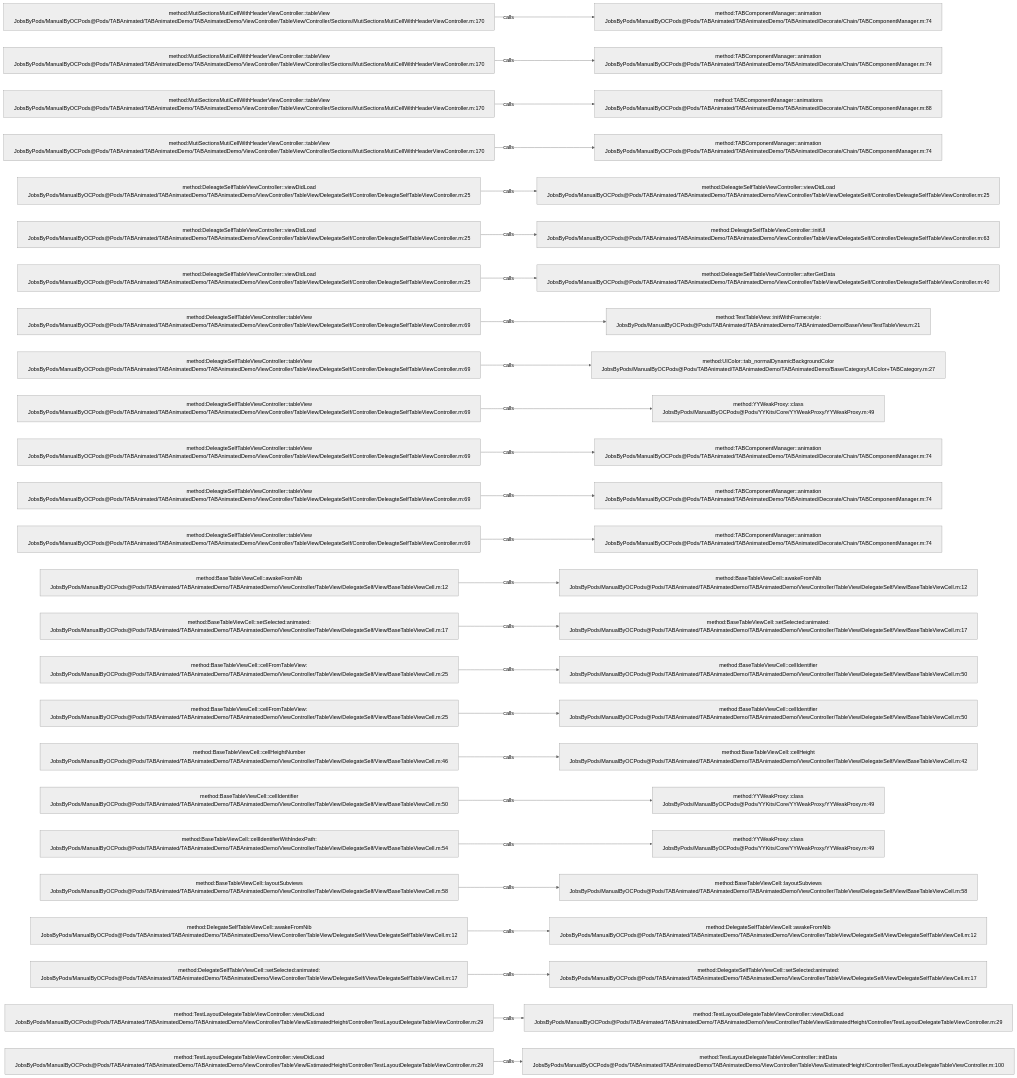
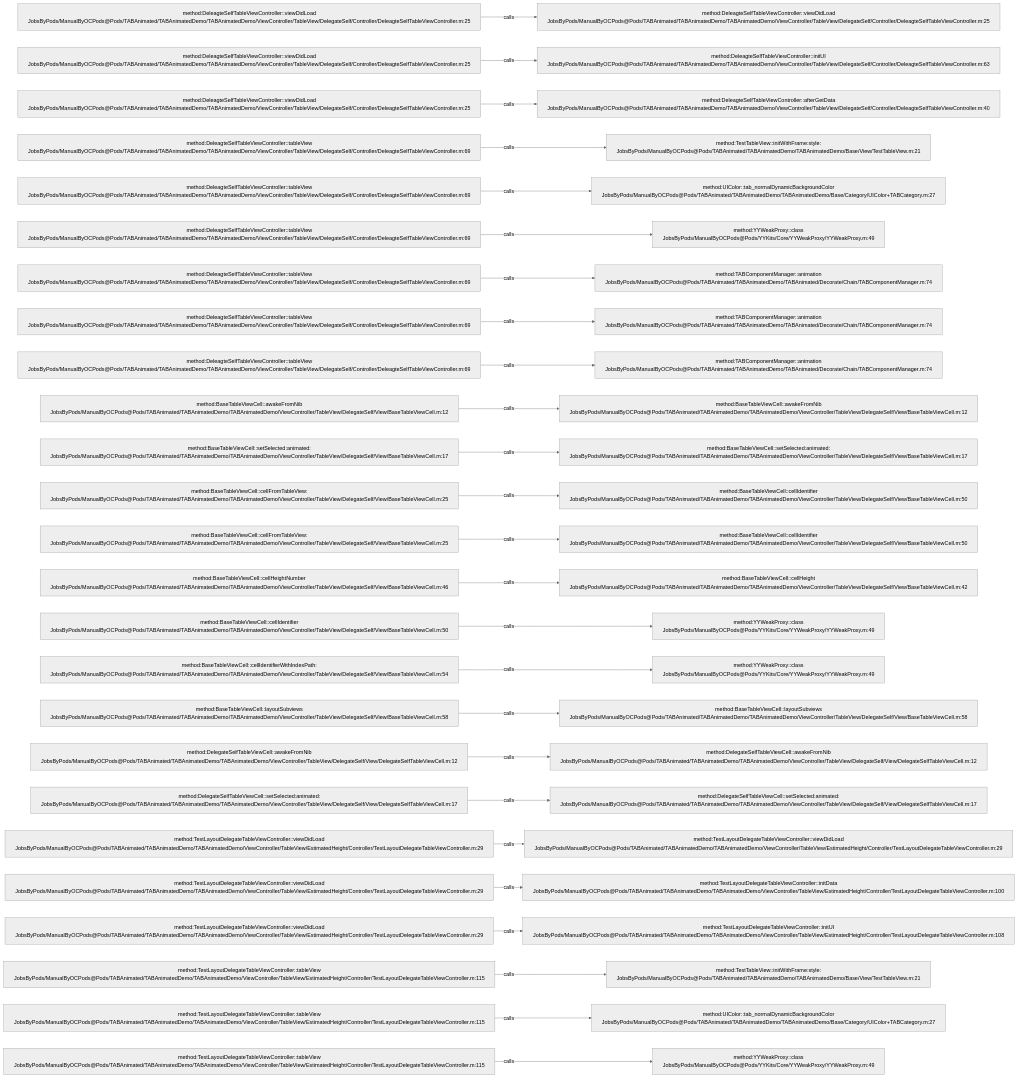
Before and after one commit to JobsKits/JobsOCBaseConfigDemo: the diagram in .codegraph/codegraph.md/graphs/calls-061.md, drawn with Mermaid (neutral theme). The commit also changed 727 other files, not shown here.

````diff
--- a/.codegraph/codegraph.md/graphs/calls-061.md
+++ b/.codegraph/codegraph.md/graphs/calls-061.md
@@ -13,78 +13,78 @@
 ```mermaid
 flowchart LR
-  S1["method:MutiSectionsMutiCellWithHeaderViewController::tableView<br/>JobsByPods/ManualByOCPods@Pods/TABAnimated/TABAnimatedDemo/TABAnimatedDemo/ViewController/TableView/Controller/Sections/MutiSectionsMutiCellWithHeaderViewController.m:170"]
-  T1["method:TABComponentManager::animation<br/>JobsByPods/ManualByOCPods@Pods/TABAnimated/TABAnimatedDemo/TABAnimated/Decorate/Chain/TABComponentManager.m:74"]
+  S1["method:DeleagteSelfTableViewController::viewDidLoad<br/>JobsByPods/ManualByOCPods@Pods/TABAnimated/TABAnimatedDemo/TABAnimatedDemo/ViewController/TableView/DelegateSelf/Controller/DeleagteSelfTableViewController.m:25"]
+  T1["method:DeleagteSelfTableViewController::viewDidLoad<br/>JobsByPods/ManualByOCPods@Pods/TABAnimated/TABAnimatedDemo/TABAnimatedDemo/ViewController/TableView/DelegateSelf/Controller/DeleagteSelfTableViewController.m:25"]
   S1 -->|calls| T1
-  S2["method:MutiSectionsMutiCellWithHeaderViewController::tableView<br/>JobsByPods/ManualByOCPods@Pods/TABAnimated/TABAnimatedDemo/TABAnimatedDemo/ViewController/TableView/Controller/Sections/MutiSectionsMutiCellWithHeaderViewController.m:170"]
-  T2["method:TABComponentManager::animation<br/>JobsByPods/ManualByOCPods@Pods/TABAnimated/TABAnimatedDemo/TABAnimated/Decorate/Chain/TABComponentManager.m:74"]
+  S2["method:DeleagteSelfTableViewController::viewDidLoad<br/>JobsByPods/ManualByOCPods@Pods/TABAnimated/TABAnimatedDemo/TABAnimatedDemo/ViewController/TableView/DelegateSelf/Controller/DeleagteSelfTableViewController.m:25"]
+  T2["method:DeleagteSelfTableViewController::initUI<br/>JobsByPods/ManualByOCPods@Pods/TABAnimated/TABAnimatedDemo/TABAnimatedDemo/ViewController/TableView/DelegateSelf/Controller/DeleagteSelfTableViewController.m:63"]
   S2 -->|calls| T2
-  S3["method:MutiSectionsMutiCellWithHeaderViewController::tableView<br/>JobsByPods/ManualByOCPods@Pods/TABAnimated/TABAnimatedDemo/TABAnimatedDemo/ViewController/TableView/Controller/Sections/MutiSectionsMutiCellWithHeaderViewController.m:170"]
-  T3["method:TABComponentManager::animations<br/>JobsByPods/ManualByOCPods@Pods/TABAnimated/TABAnimatedDemo/TABAnimated/Decorate/Chain/TABComponentManager.m:88"]
+  S3["method:DeleagteSelfTableViewController::viewDidLoad<br/>JobsByPods/ManualByOCPods@Pods/TABAnimated/TABAnimatedDemo/TABAnimatedDemo/ViewController/TableView/DelegateSelf/Controller/DeleagteSelfTableViewController.m:25"]
+  T3["method:DeleagteSelfTableViewController::afterGetData<br/>JobsByPods/ManualByOCPods@Pods/TABAnimated/TABAnimatedDemo/TABAnimatedDemo/ViewController/TableView/DelegateSelf/Controller/DeleagteSelfTableViewController.m:40"]
   S3 -->|calls| T3
-  S4["method:MutiSectionsMutiCellWithHeaderViewController::tableView<br/>JobsByPods/ManualByOCPods@Pods/TABAnimated/TABAnimatedDemo/TABAnimatedDemo/ViewController/TableView/Controller/Sections/MutiSectionsMutiCellWithHeaderViewController.m:170"]
-  T4["method:TABComponentManager::animation<br/>JobsByPods/ManualByOCPods@Pods/TABAnimated/TABAnimatedDemo/TABAnimated/Decorate/Chain/TABComponentManager.m:74"]
+  S4["method:DeleagteSelfTableViewController::tableView<br/>JobsByPods/ManualByOCPods@Pods/TABAnimated/TABAnimatedDemo/TABAnimatedDemo/ViewController/TableView/DelegateSelf/Controller/DeleagteSelfTableViewController.m:69"]
+  T4["method:TestTableView::initWithFrame:style:<br/>JobsByPods/ManualByOCPods@Pods/TABAnimated/TABAnimatedDemo/TABAnimatedDemo/Base/View/TestTableView.m:21"]
   S4 -->|calls| T4
-  S5["method:DeleagteSelfTableViewController::viewDidLoad<br/>JobsByPods/ManualByOCPods@Pods/TABAnimated/TABAnimatedDemo/TABAnimatedDemo/ViewController/TableView/DelegateSelf/Controller/DeleagteSelfTableViewController.m:25"]
-  T5["method:DeleagteSelfTableViewController::viewDidLoad<br/>JobsByPods/ManualByOCPods@Pods/TABAnimated/TABAnimatedDemo/TABAnimatedDemo/ViewController/TableView/DelegateSelf/Controller/DeleagteSelfTableViewController.m:25"]
+  S5["method:DeleagteSelfTableViewController::tableView<br/>JobsByPods/ManualByOCPods@Pods/TABAnimated/TABAnimatedDemo/TABAnimatedDemo/ViewController/TableView/DelegateSelf/Controller/DeleagteSelfTableViewController.m:69"]
+  T5["method:UIColor::tab_normalDynamicBackgroundColor<br/>JobsByPods/ManualByOCPods@Pods/TABAnimated/TABAnimatedDemo/TABAnimatedDemo/Base/Category/UIColor+TABCategory.m:27"]
   S5 -->|calls| T5
-  S6["method:DeleagteSelfTableViewController::viewDidLoad<br/>JobsByPods/ManualByOCPods@Pods/TABAnimated/TABAnimatedDemo/TABAnimatedDemo/ViewController/TableView/DelegateSelf/Controller/DeleagteSelfTableViewController.m:25"]
-  T6["method:DeleagteSelfTableViewController::initUI<br/>JobsByPods/ManualByOCPods@Pods/TABAnimated/TABAnimatedDemo/TABAnimatedDemo/ViewController/TableView/DelegateSelf/Controller/DeleagteSelfTableViewController.m:63"]
+  S6["method:DeleagteSelfTableViewController::tableView<br/>JobsByPods/ManualByOCPods@Pods/TABAnimated/TABAnimatedDemo/TABAnimatedDemo/ViewController/TableView/DelegateSelf/Controller/DeleagteSelfTableViewController.m:69"]
+  T6["method:YYWeakProxy::class<br/>JobsByPods/ManualByOCPods@Pods/YYKits/Core/YYWeakProxy/YYWeakProxy.m:49"]
   S6 -->|calls| T6
-  S7["method:DeleagteSelfTableViewController::viewDidLoad<br/>JobsByPods/ManualByOCPods@Pods/TABAnimated/TABAnimatedDemo/TABAnimatedDemo/ViewController/TableView/DelegateSelf/Controller/DeleagteSelfTableViewController.m:25"]
-  T7["method:DeleagteSelfTableViewController::afterGetData<br/>JobsByPods/ManualByOCPods@Pods/TABAnimated/TABAnimatedDemo/TABAnimatedDemo/ViewController/TableView/DelegateSelf/Controller/DeleagteSelfTableViewController.m:40"]
+  S7["method:DeleagteSelfTableViewController::tableView<br/>JobsByPods/ManualByOCPods@Pods/TABAnimated/TABAnimatedDemo/TABAnimatedDemo/ViewController/TableView/DelegateSelf/Controller/DeleagteSelfTableViewController.m:69"]
+  T7["method:TABComponentManager::animation<br/>JobsByPods/ManualByOCPods@Pods/TABAnimated/TABAnimatedDemo/TABAnimated/Decorate/Chain/TABComponentManager.m:74"]
   S7 -->|calls| T7
   S8["method:DeleagteSelfTableViewController::tableView<br/>JobsByPods/ManualByOCPods@Pods/TABAnimated/TABAnimatedDemo/TABAnimatedDemo/ViewController/TableView/DelegateSelf/Controller/DeleagteSelfTableViewController.m:69"]
-  T8["method:TestTableView::initWithFrame:style:<br/>JobsByPods/ManualByOCPods@Pods/TABAnimated/TABAnimatedDemo/TABAnimatedDemo/Base/View/TestTableView.m:21"]
+  T8["method:TABComponentManager::animation<br/>JobsByPods/ManualByOCPods@Pods/TABAnimated/TABAnimatedDemo/TABAnimated/Decorate/Chain/TABComponentManager.m:74"]
   S8 -->|calls| T8
   S9["method:DeleagteSelfTableViewController::tableView<br/>JobsByPods/ManualByOCPods@Pods/TABAnimated/TABAnimatedDemo/TABAnimatedDemo/ViewController/TableView/DelegateSelf/Controller/DeleagteSelfTableViewController.m:69"]
-  T9["method:UIColor::tab_normalDynamicBackgroundColor<br/>JobsByPods/ManualByOCPods@Pods/TABAnimated/TABAnimatedDemo/TABAnimatedDemo/Base/Category/UIColor+TABCategory.m:27"]
+  T9["method:TABComponentManager::animation<br/>JobsByPods/ManualByOCPods@Pods/TABAnimated/TABAnimatedDemo/TABAnimated/Decorate/Chain/TABComponentManager.m:74"]
   S9 -->|calls| T9
-  S10["method:DeleagteSelfTableViewController::tableView<br/>JobsByPods/ManualByOCPods@Pods/TABAnimated/TABAnimatedDemo/TABAnimatedDemo/ViewController/TableView/DelegateSelf/Controller/DeleagteSelfTableViewController.m:69"]
-  T10["method:YYWeakProxy::class<br/>JobsByPods/ManualByOCPods@Pods/YYKits/Core/YYWeakProxy/YYWeakProxy.m:49"]
+  S10["method:BaseTableViewCell::awakeFromNib<br/>JobsByPods/ManualByOCPods@Pods/TABAnimated/TABAnimatedDemo/TABAnimatedDemo/ViewController/TableView/DelegateSelf/View/BaseTableViewCell.m:12"]
+  T10["method:BaseTableViewCell::awakeFromNib<br/>JobsByPods/ManualByOCPods@Pods/TABAnimated/TABAnimatedDemo/TABAnimatedDemo/ViewController/TableView/DelegateSelf/View/BaseTableViewCell.m:12"]
   S10 -->|calls| T10
-  S11["method:DeleagteSelfTableViewController::tableView<br/>JobsByPods/ManualByOCPods@Pods/TABAnimated/TABAnimatedDemo/TABAnimatedDemo/ViewController/TableView/DelegateSelf/Controller/DeleagteSelfTableViewController.m:69"]
-  T11["method:TABComponentManager::animation<br/>JobsByPods/ManualByOCPods@Pods/TABAnimated/TABAnimatedDemo/TABAnimated/Decorate/Chain/TABComponentManager.m:74"]
+  S11["method:BaseTableViewCell::setSelected:animated:<br/>JobsByPods/ManualByOCPods@Pods/TABAnimated/TABAnimatedDemo/TABAnimatedDemo/ViewController/TableView/DelegateSelf/View/BaseTableViewCell.m:17"]
+  T11["method:BaseTableViewCell::setSelected:animated:<br/>JobsByPods/ManualByOCPods@Pods/TABAnimated/TABAnimatedDemo/TABAnimatedDemo/ViewController/TableView/DelegateSelf/View/BaseTableViewCell.m:17"]
   S11 -->|calls| T11
-  S12["method:DeleagteSelfTableViewController::tableView<br/>JobsByPods/ManualByOCPods@Pods/TABAnimated/TABAnimatedDemo/TABAnimatedDemo/ViewController/TableView/DelegateSelf/Controller/DeleagteSelfTableViewController.m:69"]
-  T12["method:TABComponentManager::animation<br/>JobsByPods/ManualByOCPods@Pods/TABAnimated/TABAnimatedDemo/TABAnimated/Decorate/Chain/TABComponentManager.m:74"]
+  S12["method:BaseTableViewCell::cellFromTableView:<br/>JobsByPods/ManualByOCPods@Pods/TABAnimated/TABAnimatedDemo/TABAnimatedDemo/ViewController/TableView/DelegateSelf/View/BaseTableViewCell.m:25"]
+  T12["method:BaseTableViewCell::cellIdentifier<br/>JobsByPods/ManualByOCPods@Pods/TABAnimated/TABAnimatedDemo/TABAnimatedDemo/ViewController/TableView/DelegateSelf/View/BaseTableViewCell.m:50"]
   S12 -->|calls| T12
-  S13["method:DeleagteSelfTableViewController::tableView<br/>JobsByPods/ManualByOCPods@Pods/TABAnimated/TABAnimatedDemo/TABAnimatedDemo/ViewController/TableView/DelegateSelf/Controller/DeleagteSelfTableViewController.m:69"]
-  T13["method:TABComponentManager::animation<br/>JobsByPods/ManualByOCPods@Pods/TABAnimated/TABAnimatedDemo/TABAnimated/Decorate/Chain/TABComponentManager.m:74"]
+  S13["method:BaseTableViewCell::cellFromTableView:<br/>JobsByPods/ManualByOCPods@Pods/TABAnimated/TABAnimatedDemo/TABAnimatedDemo/ViewController/TableView/DelegateSelf/View/BaseTableViewCell.m:25"]
+  T13["method:BaseTableViewCell::cellIdentifier<br/>JobsByPods/ManualByOCPods@Pods/TABAnimated/TABAnimatedDemo/TABAnimatedDemo/ViewController/TableView/DelegateSelf/View/BaseTableViewCell.m:50"]
   S13 -->|calls| T13
-  S14["method:BaseTableViewCell::awakeFromNib<br/>JobsByPods/ManualByOCPods@Pods/TABAnimated/TABAnimatedDemo/TABAnimatedDemo/ViewController/TableView/DelegateSelf/View/BaseTableViewCell.m:12"]
-  T14["method:BaseTableViewCell::awakeFromNib<br/>JobsByPods/ManualByOCPods@Pods/TABAnimated/TABAnimatedDemo/TABAnimatedDemo/ViewController/TableView/DelegateSelf/View/BaseTableViewCell.m:12"]
+  S14["method:BaseTableViewCell::cellHeightNumber<br/>JobsByPods/ManualByOCPods@Pods/TABAnimated/TABAnimatedDemo/TABAnimatedDemo/ViewController/TableView/DelegateSelf/View/BaseTableViewCell.m:46"]
+  T14["method:BaseTableViewCell::cellHeight<br/>JobsByPods/ManualByOCPods@Pods/TABAnimated/TABAnimatedDemo/TABAnimatedDemo/ViewController/TableView/DelegateSelf/View/BaseTableViewCell.m:42"]
   S14 -->|calls| T14
-  S15["method:BaseTableViewCell::setSelected:animated:<br/>JobsByPods/ManualByOCPods@Pods/TABAnimated/TABAnimatedDemo/TABAnimatedDemo/ViewController/TableView/DelegateSelf/View/BaseTableViewCell.m:17"]
-  T15["method:BaseTableViewCell::setSelected:animated:<br/>JobsByPods/ManualByOCPods@Pods/TABAnimated/TABAnimatedDemo/TABAnimatedDemo/ViewController/TableView/DelegateSelf/View/BaseTableViewCell.m:17"]
+  S15["method:BaseTableViewCell::cellIdentifier<br/>JobsByPods/ManualByOCPods@Pods/TABAnimated/TABAnimatedDemo/TABAnimatedDemo/ViewController/TableView/DelegateSelf/View/BaseTableViewCell.m:50"]
+  T15["method:YYWeakProxy::class<br/>JobsByPods/ManualByOCPods@Pods/YYKits/Core/YYWeakProxy/YYWeakProxy.m:49"]
   S15 -->|calls| T15
-  S16["method:BaseTableViewCell::cellFromTableView:<br/>JobsByPods/ManualByOCPods@Pods/TABAnimated/TABAnimatedDemo/TABAnimatedDemo/ViewController/TableView/DelegateSelf/View/BaseTableViewCell.m:25"]
-  T16["method:BaseTableViewCell::cellIdentifier<br/>JobsByPods/ManualByOCPods@Pods/TABAnimated/TABAnimatedDemo/TABAnimatedDemo/ViewController/TableView/DelegateSelf/View/BaseTableViewCell.m:50"]
+  S16["method:BaseTableViewCell::cellIdentifierWithIndexPath:<br/>JobsByPods/ManualByOCPods@Pods/TABAnimated/TABAnimatedDemo/TABAnimatedDemo/ViewController/TableView/DelegateSelf/View/BaseTableViewCell.m:54"]
+  T16["method:YYWeakProxy::class<br/>JobsByPods/ManualByOCPods@Pods/YYKits/Core/YYWeakProxy/YYWeakProxy.m:49"]
   S16 -->|calls| T16
-  S17["method:BaseTableViewCell::cellFromTableView:<br/>JobsByPods/ManualByOCPods@Pods/TABAnimated/TABAnimatedDemo/TABAnimatedDemo/ViewController/TableView/DelegateSelf/View/BaseTableViewCell.m:25"]
-  T17["method:BaseTableViewCell::cellIdentifier<br/>JobsByPods/ManualByOCPods@Pods/TABAnimated/TABAnimatedDemo/TABAnimatedDemo/ViewController/TableView/DelegateSelf/View/BaseTableViewCell.m:50"]
+  S17["method:BaseTableViewCell::layoutSubviews<br/>JobsByPods/ManualByOCPods@Pods/TABAnimated/TABAnimatedDemo/TABAnimatedDemo/ViewController/TableView/DelegateSelf/View/BaseTableViewCell.m:58"]
+  T17["method:BaseTableViewCell::layoutSubviews<br/>JobsByPods/ManualByOCPods@Pods/TABAnimated/TABAnimatedDemo/TABAnimatedDemo/ViewController/TableView/DelegateSelf/View/BaseTableViewCell.m:58"]
   S17 -->|calls| T17
-  S18["method:BaseTableViewCell::cellHeightNumber<br/>JobsByPods/ManualByOCPods@Pods/TABAnimated/TABAnimatedDemo/TABAnimatedDemo/ViewController/TableView/DelegateSelf/View/BaseTableViewCell.m:46"]
-  T18["method:BaseTableViewCell::cellHeight<br/>JobsByPods/ManualByOCPods@Pods/TABAnimated/TABAnimatedDemo/TABAnimatedDemo/ViewController/TableView/DelegateSelf/View/BaseTableViewCell.m:42"]
+  S18["method:DelegateSelfTableViewCell::awakeFromNib<br/>JobsByPods/ManualByOCPods@Pods/TABAnimated/TABAnimatedDemo/TABAnimatedDemo/ViewController/TableView/DelegateSelf/View/DelegateSelfTableViewCell.m:12"]
+  T18["method:DelegateSelfTableViewCell::awakeFromNib<br/>JobsByPods/ManualByOCPods@Pods/TABAnimated/TABAnimatedDemo/TABAnimatedDemo/ViewController/TableView/DelegateSelf/View/DelegateSelfTableViewCell.m:12"]
   S18 -->|calls| T18
-  S19["method:BaseTableViewCell::cellIdentifier<br/>JobsByPods/ManualByOCPods@Pods/TABAnimated/TABAnimatedDemo/TABAnimatedDemo/ViewController/TableView/DelegateSelf/View/BaseTableViewCell.m:50"]
-  T19["method:YYWeakProxy::class<br/>JobsByPods/ManualByOCPods@Pods/YYKits/Core/YYWeakProxy/YYWeakProxy.m:49"]
+  S19["method:DelegateSelfTableViewCell::setSelected:animated:<br/>JobsByPods/ManualByOCPods@Pods/TABAnimated/TABAnimatedDemo/TABAnimatedDemo/ViewController/TableView/DelegateSelf/View/DelegateSelfTableViewCell.m:17"]
+  T19["method:DelegateSelfTableViewCell::setSelected:animated:<br/>JobsByPods/ManualByOCPods@Pods/TABAnimated/TABAnimatedDemo/TABAnimatedDemo/ViewController/TableView/DelegateSelf/View/DelegateSelfTableViewCell.m:17"]
   S19 -->|calls| T19
-  S20["method:BaseTableViewCell::cellIdentifierWithIndexPath:<br/>JobsByPods/ManualByOCPods@Pods/TABAnimated/TABAnimatedDemo/TABAnimatedDemo/ViewController/TableView/DelegateSelf/View/BaseTableViewCell.m:54"]
-  T20["method:YYWeakProxy::class<br/>JobsByPods/ManualByOCPods@Pods/YYKits/Core/YYWeakProxy/YYWeakProxy.m:49"]
+  S20["method:TestLayoutDelegateTableViewController::viewDidLoad<br/>JobsByPods/ManualByOCPods@Pods/TABAnimated/TABAnimatedDemo/TABAnimatedDemo/ViewController/TableView/EstimatedHeight/Controller/TestLayoutDelegateTableViewController.m:29"]
+  T20["method:TestLayoutDelegateTableViewController::viewDidLoad<br/>JobsByPods/ManualByOCPods@Pods/TABAnimated/TABAnimatedDemo/TABAnimatedDemo/ViewController/TableView/EstimatedHeight/Controller/TestLayoutDelegateTableViewController.m:29"]
   S20 -->|calls| T20
-  S21["method:BaseTableViewCell::layoutSubviews<br/>JobsByPods/ManualByOCPods@Pods/TABAnimated/TABAnimatedDemo/TABAnimatedDemo/ViewController/TableView/DelegateSelf/View/BaseTableViewCell.m:58"]
-  T21["method:BaseTableViewCell::layoutSubviews<br/>JobsByPods/ManualByOCPods@Pods/TABAnimated/TABAnimatedDemo/TABAnimatedDemo/ViewController/TableView/DelegateSelf/View/BaseTableViewCell.m:58"]
+  S21["method:TestLayoutDelegateTableViewController::viewDidLoad<br/>JobsByPods/ManualByOCPods@Pods/TABAnimated/TABAnimatedDemo/TABAnimatedDemo/ViewController/TableView/EstimatedHeight/Controller/TestLayoutDelegateTableViewController.m:29"]
+  T21["method:TestLayoutDelegateTableViewController::initData<br/>JobsByPods/ManualByOCPods@Pods/TABAnimated/TABAnimatedDemo/TABAnimatedDemo/ViewController/TableView/EstimatedHeight/Controller/TestLayoutDelegateTableViewController.m:100"]
   S21 -->|calls| T21
-  S22["method:DelegateSelfTableViewCell::awakeFromNib<br/>JobsByPods/ManualByOCPods@Pods/TABAnimated/TABAnimatedDemo/TABAnimatedDemo/ViewController/TableView/DelegateSelf/View/DelegateSelfTableViewCell.m:12"]
-  T22["method:DelegateSelfTableViewCell::awakeFromNib<br/>JobsByPods/ManualByOCPods@Pods/TABAnimated/TABAnimatedDemo/TABAnimatedDemo/ViewController/TableView/DelegateSelf/View/DelegateSelfTableViewCell.m:12"]
+  S22["method:TestLayoutDelegateTableViewController::viewDidLoad<br/>JobsByPods/ManualByOCPods@Pods/TABAnimated/TABAnimatedDemo/TABAnimatedDemo/ViewController/TableView/EstimatedHeight/Controller/TestLayoutDelegateTableViewController.m:29"]
+  T22["method:TestLayoutDelegateTableViewController::initUI<br/>JobsByPods/ManualByOCPods@Pods/TABAnimated/TABAnimatedDemo/TABAnimatedDemo/ViewController/TableView/EstimatedHeight/Controller/TestLayoutDelegateTableViewController.m:108"]
   S22 -->|calls| T22
-  S23["method:DelegateSelfTableViewCell::setSelected:animated:<br/>JobsByPods/ManualByOCPods@Pods/TABAnimated/TABAnimatedDemo/TABAnimatedDemo/ViewController/TableView/DelegateSelf/View/DelegateSelfTableViewCell.m:17"]
-  T23["method:DelegateSelfTableViewCell::setSelected:animated:<br/>JobsByPods/ManualByOCPods@Pods/TABAnimated/TABAnimatedDemo/TABAnimatedDemo/ViewController/TableView/DelegateSelf/View/DelegateSelfTableViewCell.m:17"]
+  S23["method:TestLayoutDelegateTableViewController::tableView<br/>JobsByPods/ManualByOCPods@Pods/TABAnimated/TABAnimatedDemo/TABAnimatedDemo/ViewController/TableView/EstimatedHeight/Controller/TestLayoutDelegateTableViewController.m:115"]
+  T23["method:TestTableView::initWithFrame:style:<br/>JobsByPods/ManualByOCPods@Pods/TABAnimated/TABAnimatedDemo/TABAnimatedDemo/Base/View/TestTableView.m:21"]
   S23 -->|calls| T23
-  S24["method:TestLayoutDelegateTableViewController::viewDidLoad<br/>JobsByPods/ManualByOCPods@Pods/TABAnimated/TABAnimatedDemo/TABAnimatedDemo/ViewController/TableView/EstimatedHeight/Controller/TestLayoutDelegateTableViewController.m:29"]
-  T24["method:TestLayoutDelegateTableViewController::viewDidLoad<br/>JobsByPods/ManualByOCPods@Pods/TABAnimated/TABAnimatedDemo/TABAnimatedDemo/ViewController/TableView/EstimatedHeight/Controller/TestLayoutDelegateTableViewController.m:29"]
+  S24["method:TestLayoutDelegateTableViewController::tableView<br/>JobsByPods/ManualByOCPods@Pods/TABAnimated/TABAnimatedDemo/TABAnimatedDemo/ViewController/TableView/EstimatedHeight/Controller/TestLayoutDelegateTableViewController.m:115"]
+  T24["method:UIColor::tab_normalDynamicBackgroundColor<br/>JobsByPods/ManualByOCPods@Pods/TABAnimated/TABAnimatedDemo/TABAnimatedDemo/Base/Category/UIColor+TABCategory.m:27"]
   S24 -->|calls| T24
-  S25["method:TestLayoutDelegateTableViewController::viewDidLoad<br/>JobsByPods/ManualByOCPods@Pods/TABAnimated/TABAnimatedDemo/TABAnimatedDemo/ViewController/TableView/EstimatedHeight/Controller/TestLayoutDelegateTableViewController.m:29"]
-  T25["method:TestLayoutDelegateTableViewController::initData<br/>JobsByPods/ManualByOCPods@Pods/TABAnimated/TABAnimatedDemo/TABAnimatedDemo/ViewController/TableView/EstimatedHeight/Controller/TestLayoutDelegateTableViewController.m:100"]
+  S25["method:TestLayoutDelegateTableViewController::tableView<br/>JobsByPods/ManualByOCPods@Pods/TABAnimated/TABAnimatedDemo/TABAnimatedDemo/ViewController/TableView/EstimatedHeight/Controller/TestLayoutDelegateTableViewController.m:115"]
+  T25["method:YYWeakProxy::class<br/>JobsByPods/ManualByOCPods@Pods/YYKits/Core/YYWeakProxy/YYWeakProxy.m:49"]
   S25 -->|calls| T25
 ```
````
